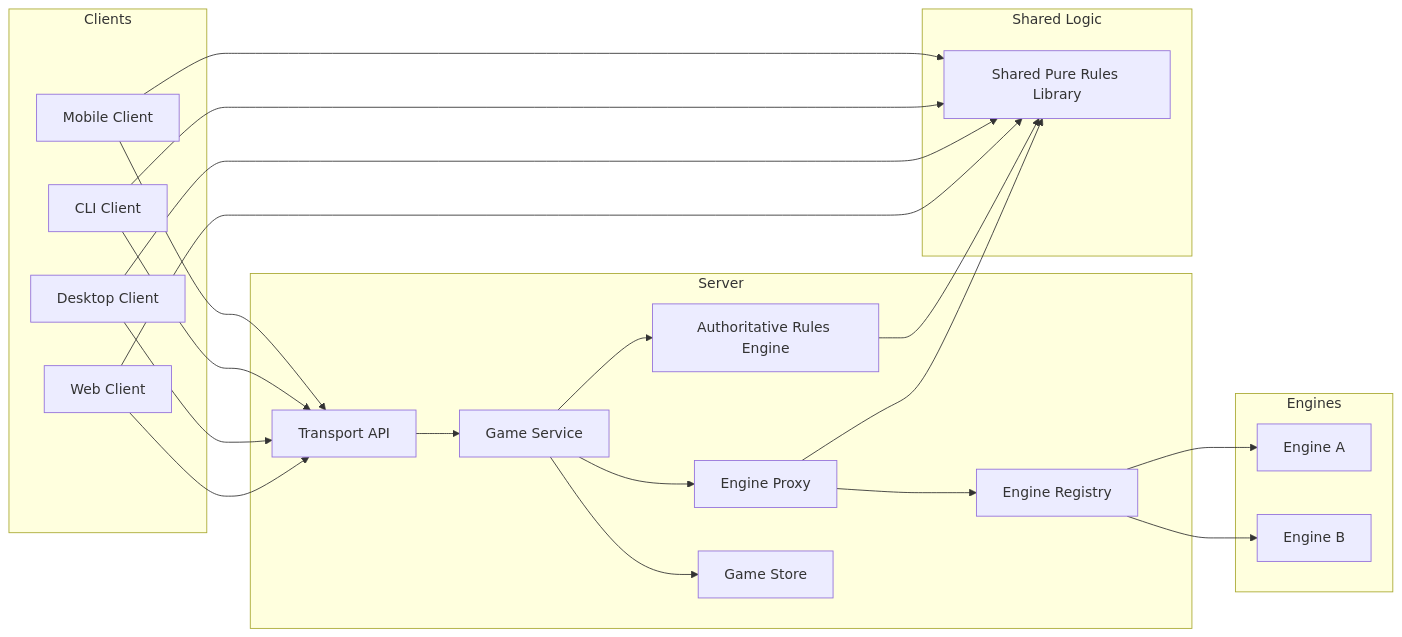
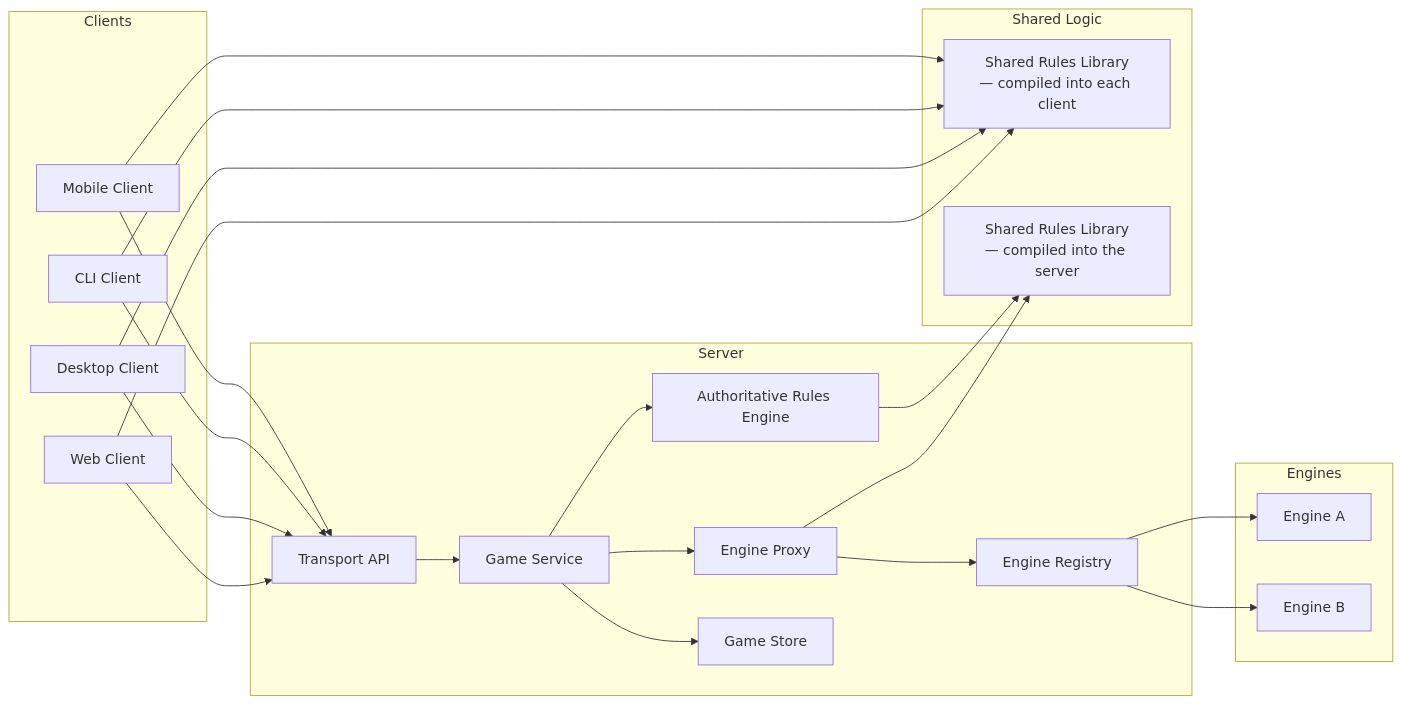
Before and after one commit to SteveStyle/tile-lite-elite: the first of 2 diagrams in docs/1.2-components-and-interactions.md, drawn with Mermaid. The commit also changed other lines of this file and 2 other files, not shown here.

First line of the commit message:
Add field-level provenance to the schema docs, plus a diagram per endpoint group

````diff
--- a/docs/1.2-components-and-interactions.md
+++ b/docs/1.2-components-and-interactions.md
@@ -7,46 +7,47 @@
 ```mermaid
 flowchart LR
   subgraph Clients
     Web[Web Client]
     Desktop[Desktop Client]
     Cli[CLI Client]
     Mobile[Mobile Client]
   end
 
   subgraph Server
     Api[Transport API]
     Game[Game Service]
     Rules[Authoritative Rules Engine]
     Proxy[Engine Proxy]
     Registry[Engine Registry]
     Store[Game Store]
   end
 
   subgraph Shared Logic
-    SharedRules[Shared Pure Rules Library]
+    SharedRulesClient[Shared Rules Library<br/>— compiled into each client]
+    SharedRulesServer[Shared Rules Library<br/>— compiled into the server]
   end
 
   subgraph Engines
     EngA[Engine A]
     EngB[Engine B]
   end
 
   Web --> Api
   Desktop --> Api
   Cli --> Api
   Mobile --> Api
 
   Api --> Game
   Game --> Store
   Game --> Rules
   Game --> Proxy
   Proxy --> Registry
   Registry --> EngA
   Registry --> EngB
-  Proxy --> SharedRules
-  Web --> SharedRules
-  Desktop --> SharedRules
-  Cli --> SharedRules
-  Mobile --> SharedRules
-  Rules --> SharedRules
+  Proxy --> SharedRulesServer
+  Web --> SharedRulesClient
+  Desktop --> SharedRulesClient
+  Cli --> SharedRulesClient
+  Mobile --> SharedRulesClient
+  Rules --> SharedRulesServer
 ```
````
